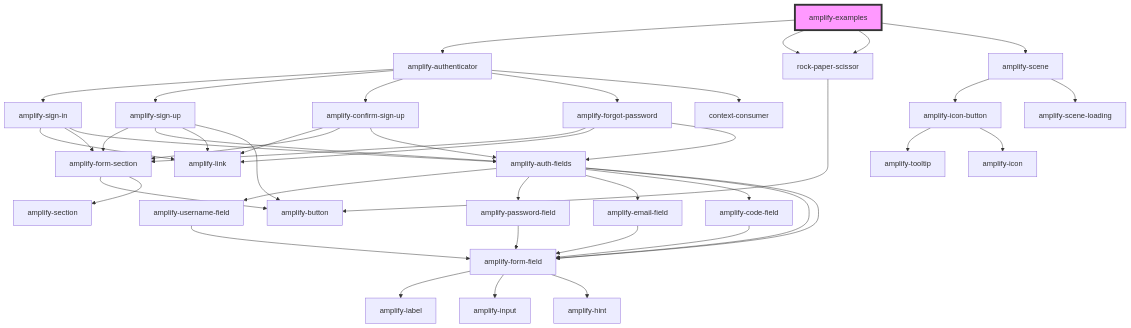
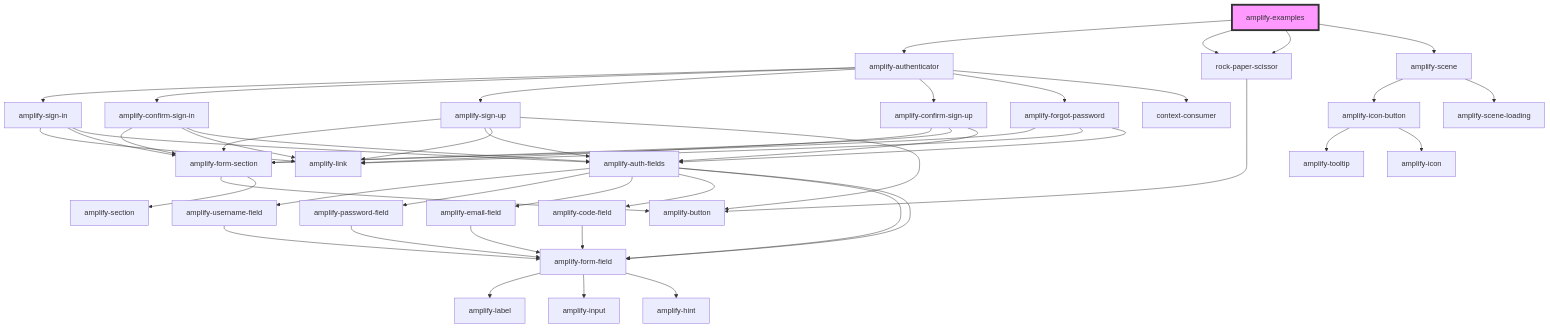
The diagram in packages/amplify-ui-components/src/components/amplify-examples/readme.md (aws-amplify/amplify-js), drawn with Mermaid before and after one commit. The commit also changed 16 other files, not shown here.

First line of the commit message:
feat(@aws-amplify/ui-components): amplify-confirm-sign-in (#4252)

````diff
--- a/packages/amplify-ui-components/src/components/amplify-examples/readme.md
+++ b/packages/amplify-ui-components/src/components/amplify-examples/readme.md
@@ -16,46 +16,50 @@
 ```mermaid
 graph TD;
   amplify-examples --> amplify-authenticator
   amplify-examples --> rock-paper-scissor
   amplify-examples --> rock-paper-scissor
   amplify-examples --> amplify-scene
   amplify-authenticator --> amplify-sign-in
+  amplify-authenticator --> amplify-confirm-sign-in
   amplify-authenticator --> amplify-sign-up
   amplify-authenticator --> amplify-confirm-sign-up
   amplify-authenticator --> amplify-forgot-password
   amplify-authenticator --> context-consumer
   amplify-sign-in --> amplify-link
   amplify-sign-in --> amplify-form-section
   amplify-sign-in --> amplify-auth-fields
   amplify-form-section --> amplify-button
   amplify-form-section --> amplify-section
   amplify-auth-fields --> amplify-username-field
   amplify-auth-fields --> amplify-password-field
   amplify-auth-fields --> amplify-email-field
   amplify-auth-fields --> amplify-code-field
   amplify-auth-fields --> amplify-form-field
   amplify-auth-fields --> amplify-form-field
   amplify-username-field --> amplify-form-field
   amplify-form-field --> amplify-label
   amplify-form-field --> amplify-input
   amplify-form-field --> amplify-hint
   amplify-password-field --> amplify-form-field
   amplify-email-field --> amplify-form-field
   amplify-code-field --> amplify-form-field
+  amplify-confirm-sign-in --> amplify-form-section
+  amplify-confirm-sign-in --> amplify-link
+  amplify-confirm-sign-in --> amplify-auth-fields
   amplify-sign-up --> amplify-form-section
   amplify-sign-up --> amplify-auth-fields
   amplify-sign-up --> amplify-link
   amplify-sign-up --> amplify-button
   amplify-confirm-sign-up --> amplify-link
   amplify-confirm-sign-up --> amplify-form-section
   amplify-confirm-sign-up --> amplify-auth-fields
   amplify-forgot-password --> amplify-form-section
   amplify-forgot-password --> amplify-link
   amplify-forgot-password --> amplify-auth-fields
   rock-paper-scissor --> amplify-button
   amplify-scene --> amplify-icon-button
   amplify-scene --> amplify-scene-loading
   amplify-icon-button --> amplify-tooltip
   amplify-icon-button --> amplify-icon
   style amplify-examples fill:#f9f,stroke:#333,stroke-width:4px
 ```
````
